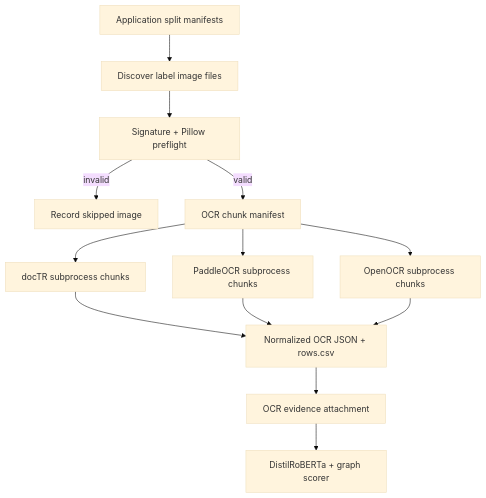
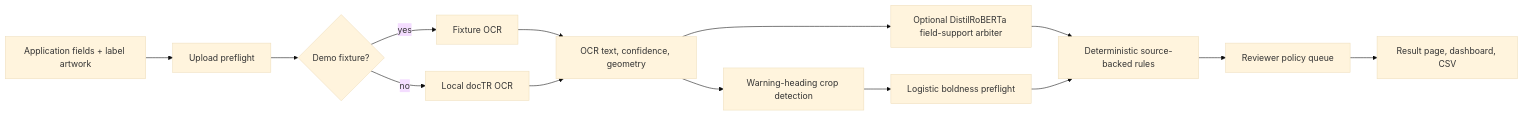
Before and after one commit to AaronNHorvitz/Labels-On-Tap: the first of 2 diagrams in MODEL_ARCHITECTURE.md, drawn with Mermaid (base theme). The commit also changed other lines of this file and 35 other files, not shown here.

````diff
--- a/MODEL_ARCHITECTURE.md
+++ b/MODEL_ARCHITECTURE.md
@@ -335,15 +8,16 @@
 ```mermaid
-flowchart TD
-    A["Application split manifests"] --> B["Discover label image files"]
-    B --> C["Signature + Pillow preflight"]
-    C -->|invalid| D["Record skipped image"]
-    C -->|valid| E["OCR chunk manifest"]
-    E --> F["docTR subprocess chunks"]
-    E --> G["PaddleOCR subprocess chunks"]
-    E --> H["OpenOCR subprocess chunks"]
-    F --> I["Normalized OCR JSON + rows.csv"]
-    G --> I
-    H --> I
-    I --> J["OCR evidence attachment"]
-    J --> K["DistilRoBERTa + graph scorer"]
+flowchart LR
+    A[Application fields + label artwork] --> B[Upload preflight]
+    B --> C{Demo fixture?}
+    C -->|yes| D[Fixture OCR]
+    C -->|no| E[Local docTR OCR]
+    D --> F[OCR text, confidence, geometry]
+    E --> F
+    F --> G[Optional DistilRoBERTa field-support arbiter]
+    F --> H[Warning-heading crop detection]
+    H --> I[Logistic boldness preflight]
+    G --> J[Deterministic source-backed rules]
+    I --> J
+    J --> K[Reviewer policy queue]
+    K --> L[Result page, dashboard, CSV]
 ```
````
